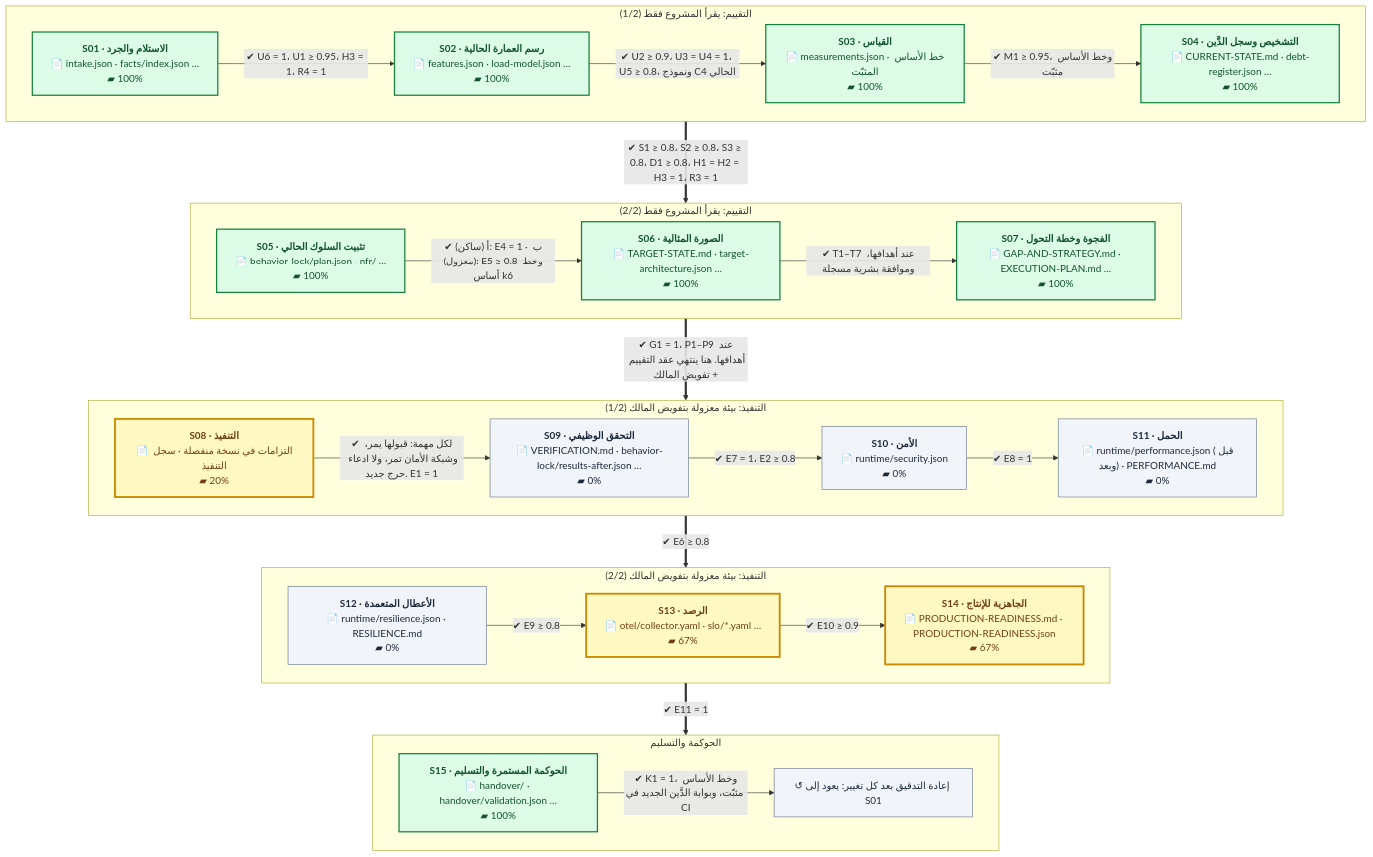
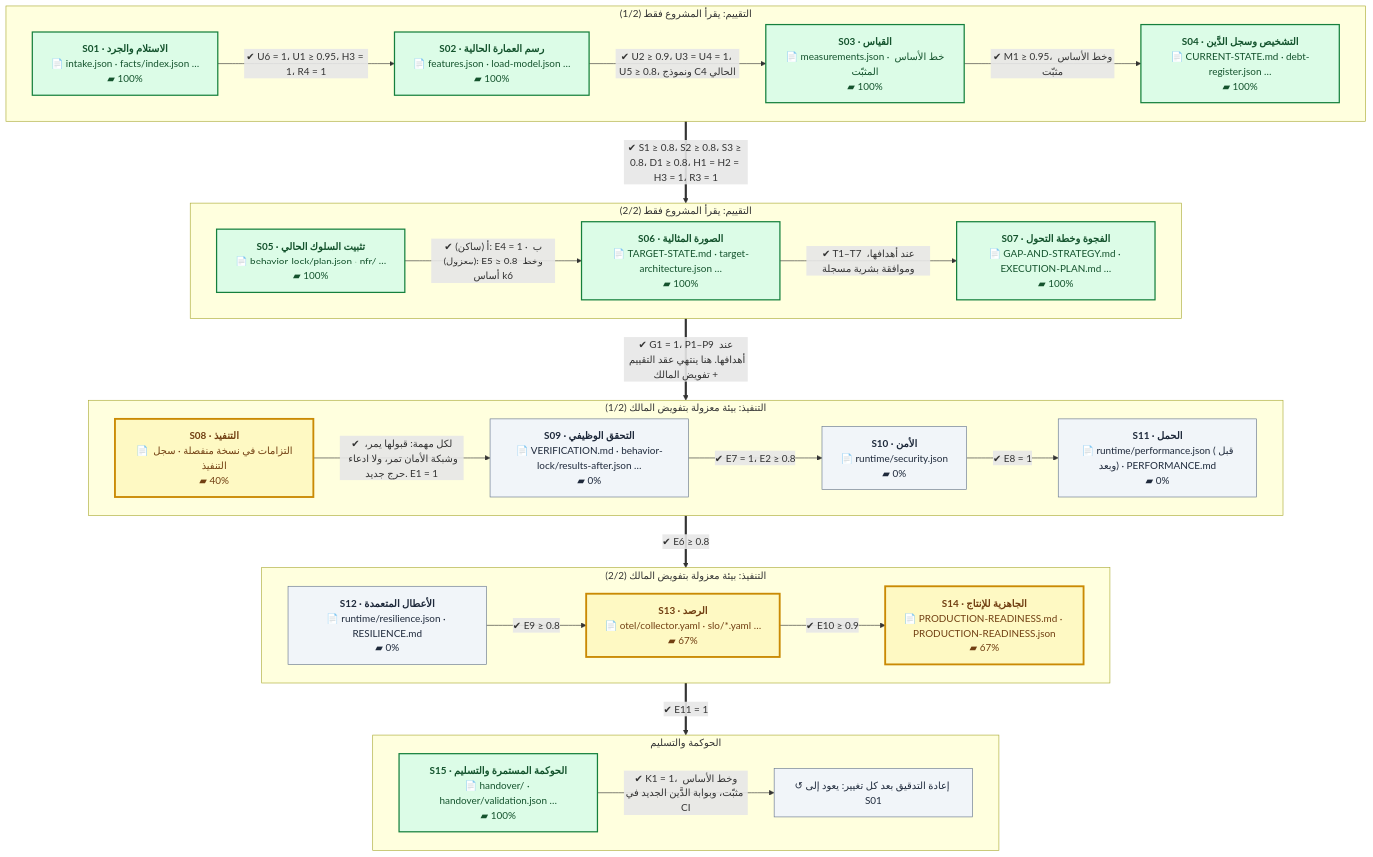
The first of 2 diagrams in README.md (eom1417/engineering-audit-os), drawn with Mermaid before and after one commit. The commit also changed other lines of this file and 10 other files, not shown here.

````diff
--- a/README.md
+++ b/README.md
@@ -52,54 +52,54 @@
 ```mermaid
 %%{init: {'flowchart': {'wrappingWidth': 260, 'nodeSpacing': 40, 'rankSpacing': 60}}}%%
 flowchart TB
     subgraph P1["التقييم: يقرأ المشروع فقط (1/2)"]
         direction LR
         S01["<b>S01 · الاستلام والجرد</b><br/>📄 intake.json · facts/index.json …<br/>▰ 100%"]:::done
         S02["<b>S02 · رسم العمارة الحالية</b><br/>📄 features.json · load-model.json …<br/>▰ 100%"]:::done
         S03["<b>S03 · القياس</b><br/>📄 measurements.json · خط الأساس المثبّت<br/>▰ 100%"]:::done
         S04["<b>S04 · التشخيص وسجل الدَّين</b><br/>📄 CURRENT-STATE.md · debt-register.json …<br/>▰ 100%"]:::done
         S01 -->|"✔ U6 = 1، U1 ≥ 0.95، H3 = 1، R4 = 1"| S02
         S02 -->|"✔ U2 ≥ 0.9، U3 = U4 = 1، U5 ≥ 0.8، ونموذج C4 الحالي"| S03
         S03 -->|"✔ M1 ≥ 0.95، وخط الأساس مثبّت"| S04
     end
     subgraph P2["التقييم: يقرأ المشروع فقط (2/2)"]
         direction LR
         S05["<b>S05 · تثبيت السلوك الحالي</b><br/>📄 behavior-lock/plan.json · nfr/ …<br/>▰ 100%"]:::done
         S06["<b>S06 · الصورة المثالية</b><br/>📄 TARGET-STATE.md · target-architecture.json …<br/>▰ 100%"]:::done
         S07["<b>S07 · الفجوة وخطة التحول</b><br/>📄 GAP-AND-STRATEGY.md · EXECUTION-PLAN.md …<br/>▰ 100%"]:::done
         S05 -->|"✔ أ (ساكن): E4 = 1 · ب (معزول): E5 ≥ 0.8 وخط أساس k6"| S06
         S06 -->|"✔ T1–T7 عند أهدافها، وموافقة بشرية مسجلة"| S07
     end
     subgraph P3["التنفيذ: بيئة معزولة بتفويض المالك (1/2)"]
         direction LR
-        S08["<b>S08 · التنفيذ</b><br/>📄 التزامات في نسخة منفصلة · سجل التنفيذ<br/>▰ 20%"]:::current
+        S08["<b>S08 · التنفيذ</b><br/>📄 التزامات في نسخة منفصلة · سجل التنفيذ<br/>▰ 40%"]:::current
         S09["<b>S09 · التحقق الوظيفي</b><br/>📄 VERIFICATION.md · behavior-lock/results-after.json …<br/>▰ 0%"]:::next
         S10["<b>S10 · الأمن</b><br/>📄 runtime/security.json<br/>▰ 0%"]:::next
         S11["<b>S11 · الحمل</b><br/>📄 runtime/performance.json (قبل وبعد) · PERFORMANCE.md<br/>▰ 0%"]:::next
         S08 -->|"✔ لكل مهمة: قبولها يمر، وشبكة الأمان تمر، ولا ادعاء حرج جديد. E1 = 1"| S09
         S09 -->|"✔ E7 = 1، E2 ≥ 0.8"| S10
         S10 -->|"✔ E8 = 1"| S11
     end
     subgraph P4["التنفيذ: بيئة معزولة بتفويض المالك (2/2)"]
         direction LR
         S12["<b>S12 · الأعطال المتعمدة</b><br/>📄 runtime/resilience.json · RESILIENCE.md<br/>▰ 0%"]:::next
         S13["<b>S13 · الرصد</b><br/>📄 otel/collector.yaml · slo/*.yaml …<br/>▰ 67%"]:::current
         S14["<b>S14 · الجاهزية للإنتاج</b><br/>📄 PRODUCTION-READINESS.md · PRODUCTION-READINESS.json<br/>▰ 67%"]:::current
         S12 -->|"✔ E9 ≥ 0.8"| S13
         S13 -->|"✔ E10 ≥ 0.9"| S14
     end
     subgraph P5["الحوكمة والتسليم"]
         direction LR
         S15["<b>S15 · الحوكمة المستمرة والتسليم</b><br/>📄 handover/ · handover/validation.json …<br/>▰ 100%"]:::done
         LOOP["↺ إعادة التدقيق بعد كل تغيير: يعود إلى S01"]:::next
         S15 -->|"✔ K1 = 1، وخط الأساس مثبّت، وبوابة الدَّين الجديد في CI"| LOOP
     end
     P1 ==>|"✔ S1 ≥ 0.8، S2 ≥ 0.8، S3 ≥ 0.8، D1 ≥ 0.8، H1 = H2 = H3 = 1، R3 = 1"| P2
     P2 ==>|"✔ G1 = 1، P1–P9 عند أهدافها. هنا ينتهي عقد التقييم + تفويض المالك"| P3
     P3 ==>|"✔ E6 ≥ 0.8"| P4
     P4 ==>|"✔ E11 = 1"| P5
     classDef done fill:#dcfce7,stroke:#15803d,color:#14532d,stroke-width:2px
     classDef current fill:#fef9c3,stroke:#ca8a04,color:#713f12,stroke-width:3px
     classDef next fill:#f1f5f9,stroke:#64748b,color:#1e293b
     classDef owner fill:#fee2e2,stroke:#b91c1c,color:#7f1d1d,stroke-dasharray:5 3
 ```
````
